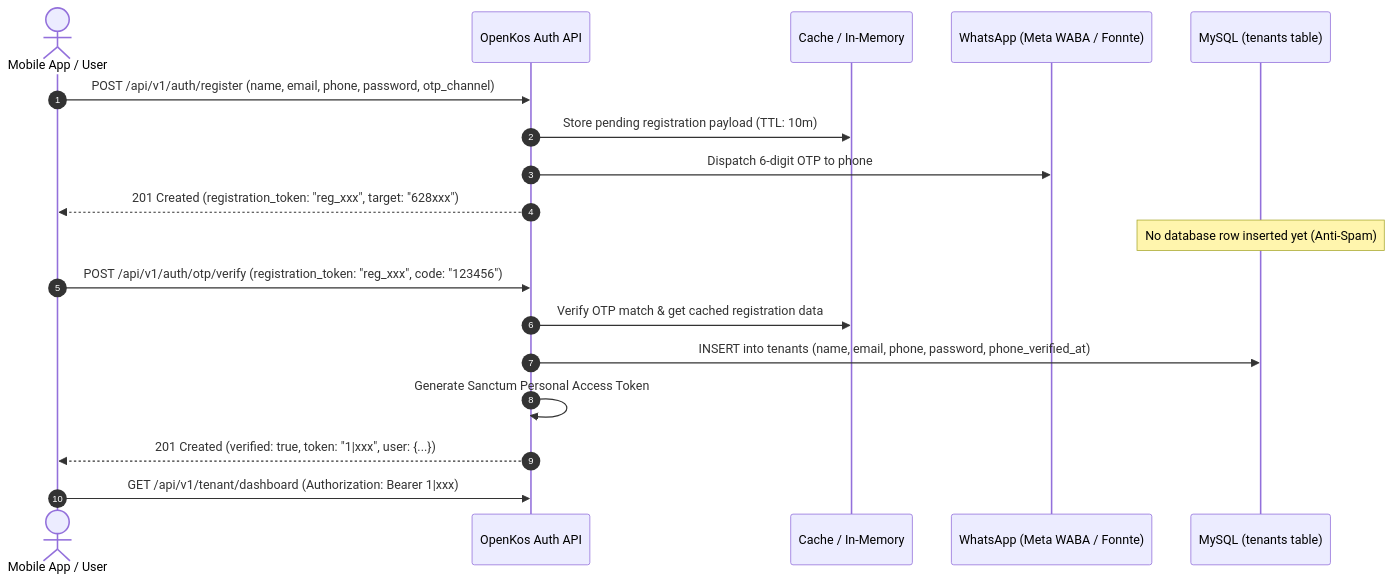
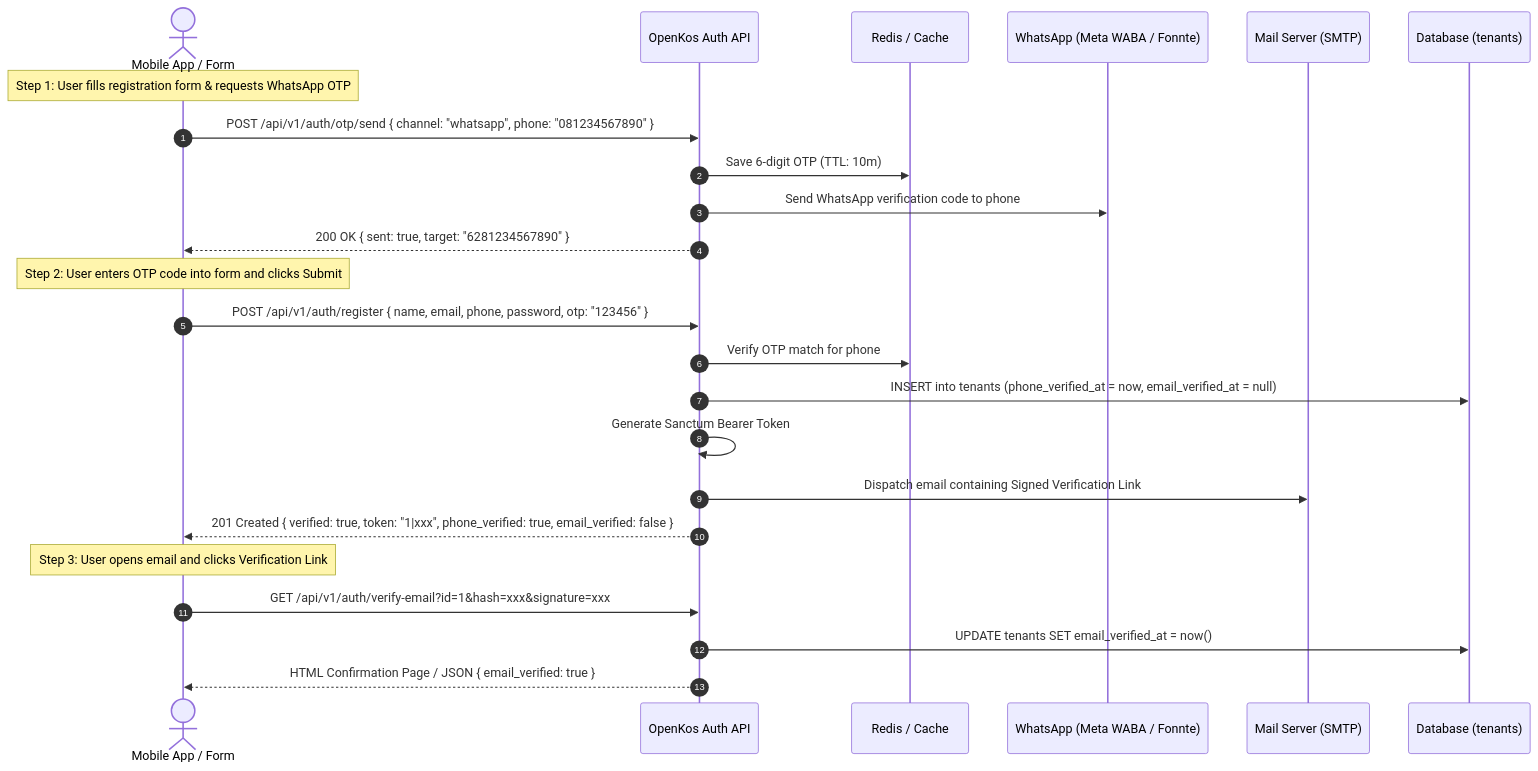
One commit to levarentz132/OpenKos changed the diagram in docs/README-OTP-API.md. Above: the diagram before and after it, drawn with Mermaid. The commit also changed other lines of this file and 6 other files, not shown here.

Commit message:
feat(auth): implement form-level WhatsApp OTP and email verification link flow

````diff
--- a/docs/README-OTP-API.md
+++ b/docs/README-OTP-API.md
@@ -44,22 +46,29 @@
 ```mermaid
 sequenceDiagram
     autonumber
-    actor Tenant as Mobile App / User
+    actor Tenant as Mobile App / Form
     participant API as OpenKos Auth API
-    participant Cache as Cache / In-Memory
+    participant Cache as Redis / Cache
     participant WA as WhatsApp (Meta WABA / Fonnte)
-    participant DB as MySQL (tenants table)
+    participant Mail as Mail Server (SMTP)
+    participant DB as Database (tenants)
 
-    Tenant->>API: POST /api/v1/auth/register (name, email, phone, password, otp_channel)
-    API->>Cache: Store pending registration payload (TTL: 10m)
-    API->>WA: Dispatch 6-digit OTP to phone
-    API-->>Tenant: 201 Created (registration_token: "reg_xxx", target: "628xxx")
-    Note over DB: No database row inserted yet (Anti-Spam)
+    Note over Tenant: Step 1: User fills registration form & requests WhatsApp OTP
+    Tenant->>API: POST /api/v1/auth/otp/send { channel: "whatsapp", phone: "081234567890" }
+    API->>Cache: Save 6-digit OTP (TTL: 10m)
+    API->>WA: Send WhatsApp verification code to phone
+    API-->>Tenant: 200 OK { sent: true, target: "6281234567890" }
 
-    Tenant->>API: POST /api/v1/auth/otp/verify (registration_token: "reg_xxx", code: "123456")
-    API->>Cache: Verify OTP match & get cached registration data
-    API->>DB: INSERT into tenants (name, email, phone, password, phone_verified_at)
-    API->>API: Generate Sanctum Personal Access Token
-    API-->>Tenant: 201 Created (verified: true, token: "1|xxx", user: {...})
-    Tenant->>API: GET /api/v1/tenant/dashboard (Authorization: Bearer 1|xxx)
+    Note over Tenant: Step 2: User enters OTP code into form and clicks Submit
+    Tenant->>API: POST /api/v1/auth/register { name, email, phone, password, otp: "123456" }
+    API->>Cache: Verify OTP match for phone
+    API->>DB: INSERT into tenants (phone_verified_at = now, email_verified_at = null)
+    API->>API: Generate Sanctum Bearer Token
+    API->>Mail: Dispatch email containing Signed Verification Link
+    API-->>Tenant: 201 Created { verified: true, token: "1|xxx", phone_verified: true, email_verified: false }
+
+    Note over Tenant: Step 3: User opens email and clicks Verification Link
+    Tenant->>API: GET /api/v1/auth/verify-email?id=1&hash=xxx&signature=xxx
+    API->>DB: UPDATE tenants SET email_verified_at = now()
+    API-->>Tenant: HTML Confirmation Page / JSON { email_verified: true }
 ```
````
